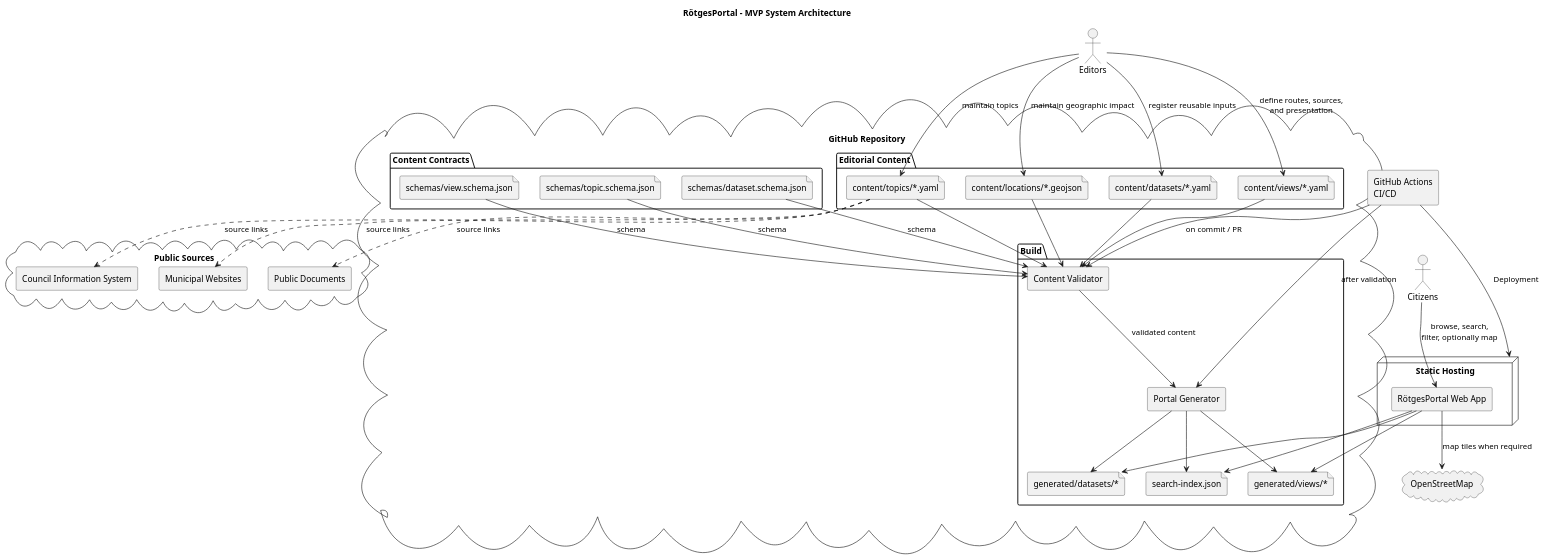
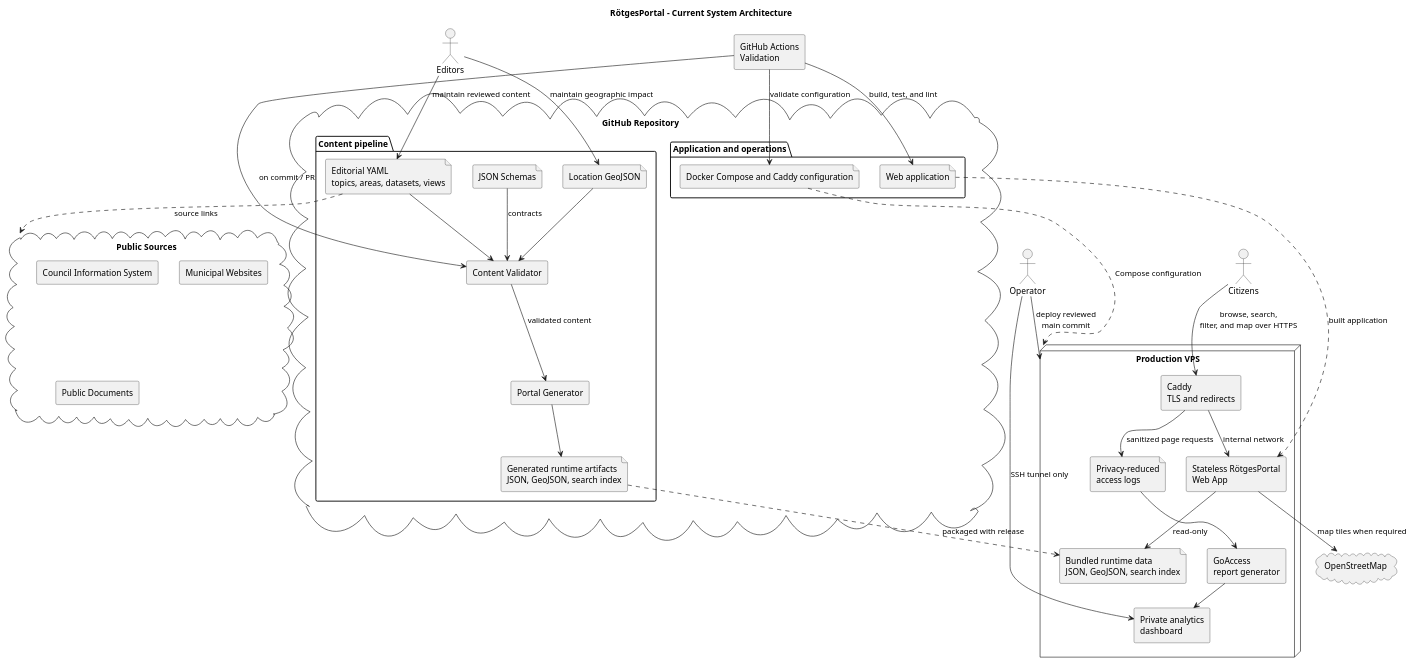
One commit to codeWithDEI/RoetgesPortal changed the diagram in docs/architecture/system-architecture.puml. Above: the diagram before and after it, drawn with PlantUML. The commit also changed 4 other files, not shown here.

```diff
--- a/docs/architecture/system-architecture.puml
+++ b/docs/architecture/system-architecture.puml
@@ -1,77 +1,74 @@
 @startuml
-title RötgesPortal – MVP System Architecture
+title RötgesPortal – Current System Architecture
 
 skinparam componentStyle rectangle
 skinparam shadowing false
+skinparam nodesep 35
+skinparam ranksep 40
 
 actor "Editors" as Editor
 actor "Citizens" as Citizen
+actor "Operator" as Operator
 
 cloud "GitHub Repository" {
-  folder "Editorial Content" {
-    file "content/topics/*.yaml" as Topics
-    file "content/locations/*.geojson" as Locations
-    file "content/datasets/*.yaml" as Datasets
-    file "content/views/*.yaml" as Views
+  package "Content pipeline" {
+    file "Editorial YAML\ntopics, areas, datasets, views" as Content
+    file "Location GeoJSON" as Locations
+    file "JSON Schemas" as Schemas
+    component "Content Validator" as Validator
+    component "Portal Generator" as Generator
+    file "Generated runtime artifacts\nJSON, GeoJSON, search index" as Generated
   }
 
-  folder "Content Contracts" {
-    file "schemas/topic.schema.json" as TopicSchema
-    file "schemas/dataset.schema.json" as DatasetSchema
-    file "schemas/view.schema.json" as ViewSchema
-  }
-
-  folder "Build" {
-    component "Content Validator" as Validator
-    component "Portal Generator" as Generator
-    file "generated/datasets/*" as GeneratedDatasets
-    file "generated/views/*" as GeneratedViews
-    file "search-index.json" as SearchIndex
+  package "Application and operations" {
+    file "Web application" as WebSource
+    file "Docker Compose and Caddy configuration" as Deployment
   }
 }
 
-component "GitHub Actions\nCI/CD" as Pipeline
+component "GitHub Actions\nValidation" as Pipeline
 
-node "Static Hosting" as Hosting {
-  component "RötgesPortal Web App" as Portal
+node "Production VPS" as Hosting {
+  component "Caddy\nTLS and redirects" as Caddy
+  component "Stateless RötgesPortal\nWeb App" as Portal
+  file "Bundled runtime data\nJSON, GeoJSON, search index" as RuntimeData
+  file "Privacy-reduced\naccess logs" as AccessLogs
+  component "GoAccess\nreport generator" as Analytics
+  component "Private analytics\ndashboard" as Dashboard
 }
 
 cloud "OpenStreetMap" as OSM
 cloud "Public Sources" as Sources {
-  component "Council Information System" as RIS
-  component "Municipal Websites" as Municipality
-  component "Public Documents" as Documents
+  component "Council Information System"
+  component "Municipal Websites"
+  component "Public Documents"
 }
 
-Editor --> Topics : maintain topics
+Editor --> Content : maintain reviewed content
 Editor --> Locations : maintain geographic impact
-Editor --> Datasets : register reusable inputs
-Editor --> Views : define routes, sources,\nand presentation
-
-Topics --> Validator
+Content --> Validator
 Locations --> Validator
-Datasets --> Validator
-Views --> Validator
-TopicSchema --> Validator : schema
-DatasetSchema --> Validator : schema
-ViewSchema --> Validator : schema
+Schemas --> Validator : contracts
 Validator --> Generator : validated content
-Generator --> GeneratedDatasets
-Generator --> GeneratedViews
-Generator --> SearchIndex
+Generator --> Generated
 
 Pipeline --> Validator : on commit / PR
-Pipeline --> Generator : after validation
-Pipeline --> Hosting : Deployment
+Pipeline --> WebSource : build, test, and lint
+Pipeline --> Deployment : validate configuration
+Operator --> Hosting : deploy reviewed\nmain commit
 
-Citizen --> Portal : browse, search,\nfilter, optionally map
-Portal --> GeneratedDatasets
-Portal --> GeneratedViews
-Portal --> SearchIndex
+Citizen --> Caddy : browse, search,\nfilter, and map over HTTPS
+Caddy --> Portal : internal network
+WebSource ..> Portal : built application
+Deployment ..> Hosting : Compose configuration
+Generated ..> RuntimeData : packaged with release
+Portal --> RuntimeData : read-only
 Portal --> OSM : map tiles when required
+Caddy --> AccessLogs : sanitized page requests
+AccessLogs --> Analytics
+Analytics --> Dashboard
+Operator --> Dashboard : SSH tunnel only
 
-Topics ..> RIS : source links
-Topics ..> Municipality : source links
-Topics ..> Documents : source links
+Content ..> Sources : source links
 
 @enduml
```
